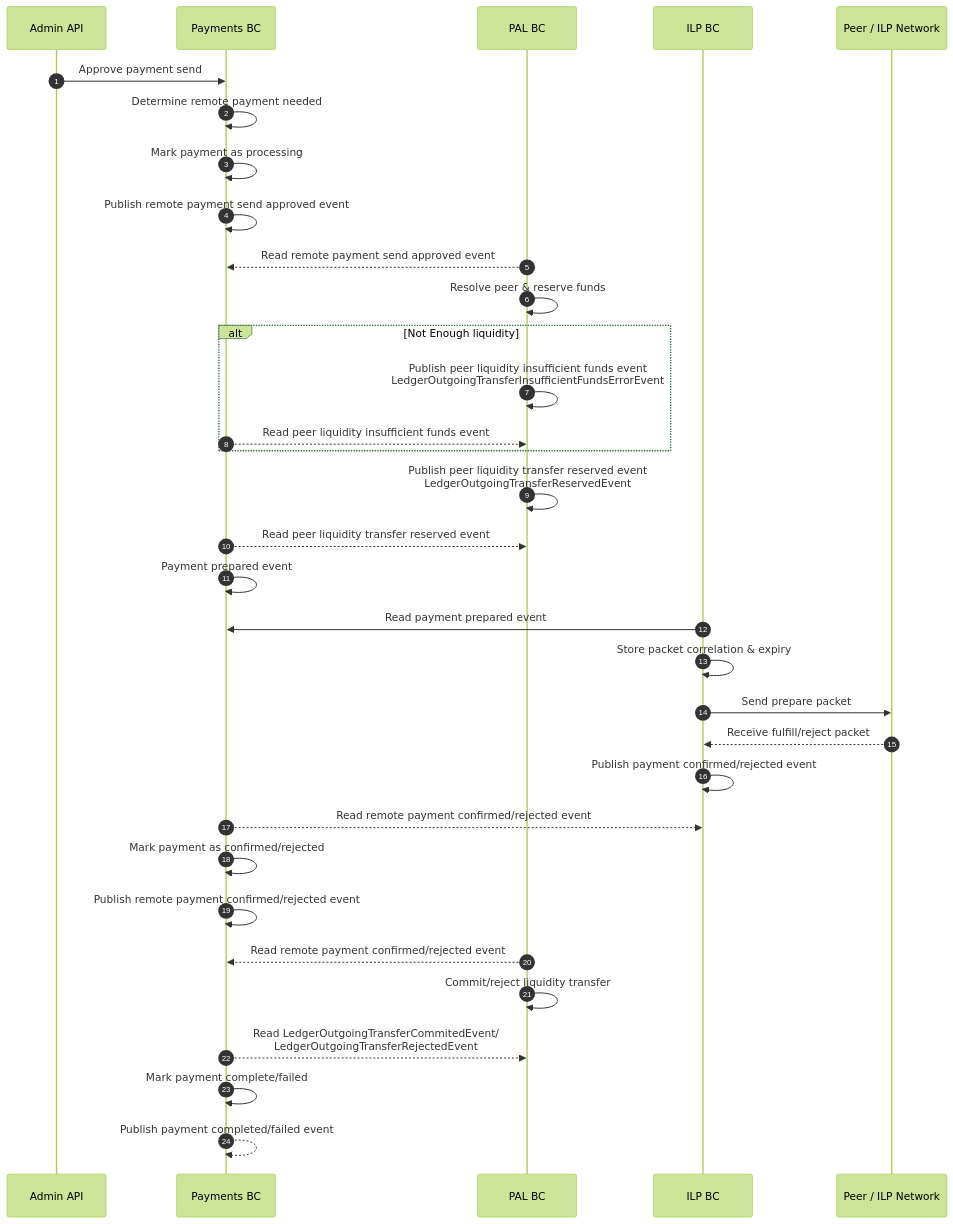
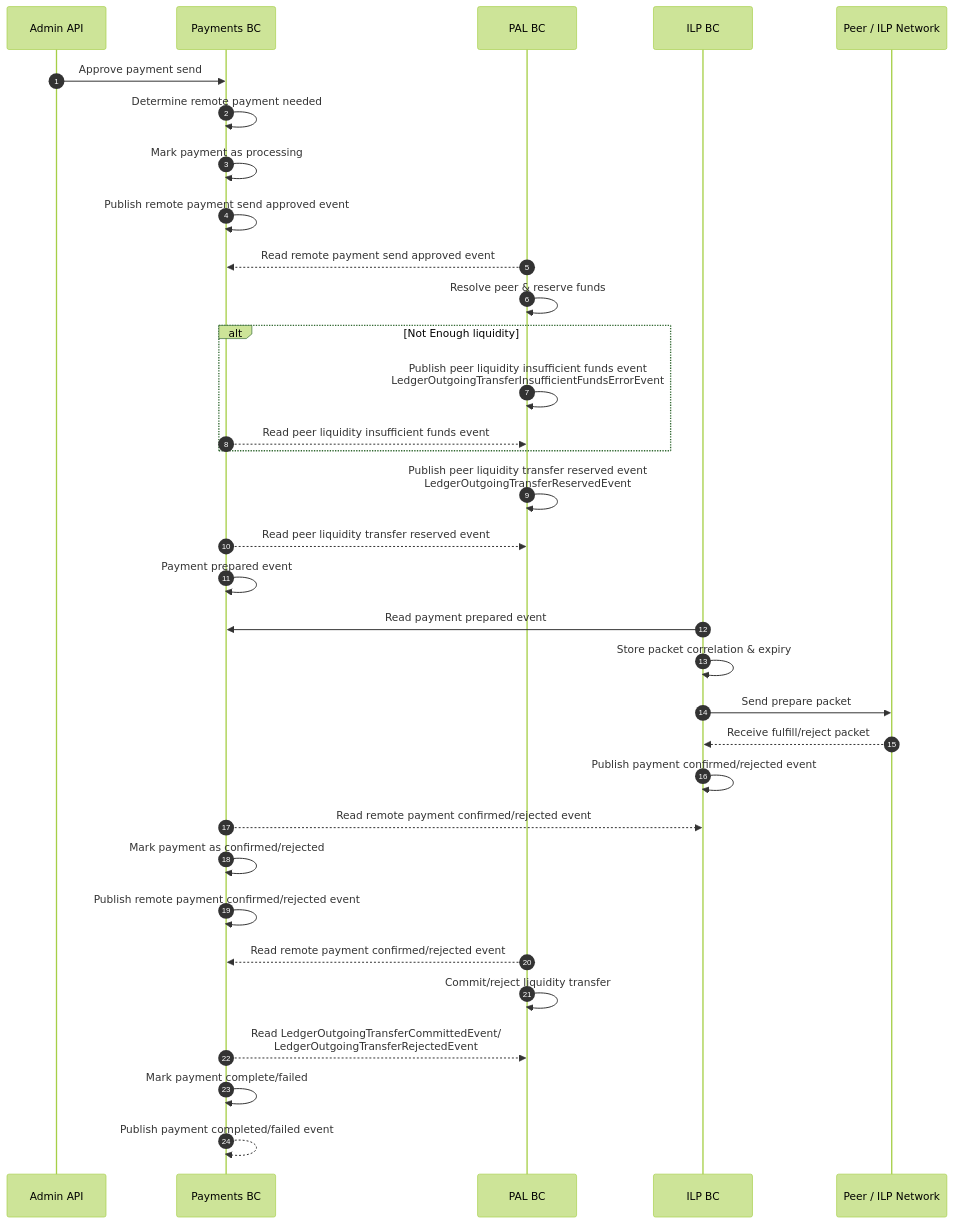
One commit to interledger/rhyza changed the diagram in internal-docs/sequence-diagrams/ILP/Remote Payment - Sending.md. Above: the diagram before and after it, drawn with Mermaid (forest theme).

Commit message:
Update Remote Payment - Sending.md

````diff
--- a/internal-docs/sequence-diagrams/ILP/Remote Payment - Sending.md
+++ b/internal-docs/sequence-diagrams/ILP/Remote Payment - Sending.md
@@ -3,44 +3,44 @@
 ```mermaid
 sequenceDiagram
 	autonumber
 
     participant AAPI as Admin API
     participant PBC as Payments BC
     participant PAL as PAL BC
     participant ILPBC as ILP BC
     participant Peer as Peer / ILP Network
 
     AAPI ->> PBC: Approve payment send
     PBC ->> PBC: Determine remote payment needed
     PBC ->> PBC: Mark payment as processing
 
     PBC ->> PBC: Publish remote payment send approved event
 
     %% PBC ->> AAPI: Return payment status
 
     PAL -->> PBC: Read remote payment send approved event
     PAL ->> PAL: Resolve peer & reserve funds
 
     alt Not Enough liquidity
     PAL ->> PAL: Publish peer liquidity insufficient funds event<br>LedgerOutgoingTransferInsufficientFundsErrorEvent
     PBC -->> PAL: Read peer liquidity insufficient funds event
     end
     PAL ->> PAL: Publish peer liquidity transfer reserved event<br>LedgerOutgoingTransferReservedEvent
     PBC -->> PAL: Read peer liquidity transfer reserved event
     PBC ->> PBC: Payment prepared event
     ILPBC ->> PBC: Read payment prepared event
 
     ILPBC ->> ILPBC: Store packet correlation & expiry
     ILPBC ->> Peer: Send prepare packet
     Peer -->> ILPBC: Receive fulfill/reject packet
     ILPBC ->> ILPBC: Publish payment confirmed/rejected event
 
     PBC -->> ILPBC: Read remote payment confirmed/rejected event
     PBC ->> PBC: Mark payment as confirmed/rejected
     PBC ->> PBC: Publish remote payment confirmed/rejected event
     PAL -->> PBC: Read remote payment confirmed/rejected event
     PAL ->> PAL: Commit/reject liquidity transfer 
-    PBC -->> PAL: Read LedgerOutgoingTransferCommitedEvent/<br>LedgerOutgoingTransferRejectedEvent
+    PBC -->> PAL: Read LedgerOutgoingTransferCommittedEvent/<br>LedgerOutgoingTransferRejectedEvent
     PBC ->> PBC: Mark payment complete/failed
     PBC -->> PBC: Publish payment completed/failed event
 ```
````
